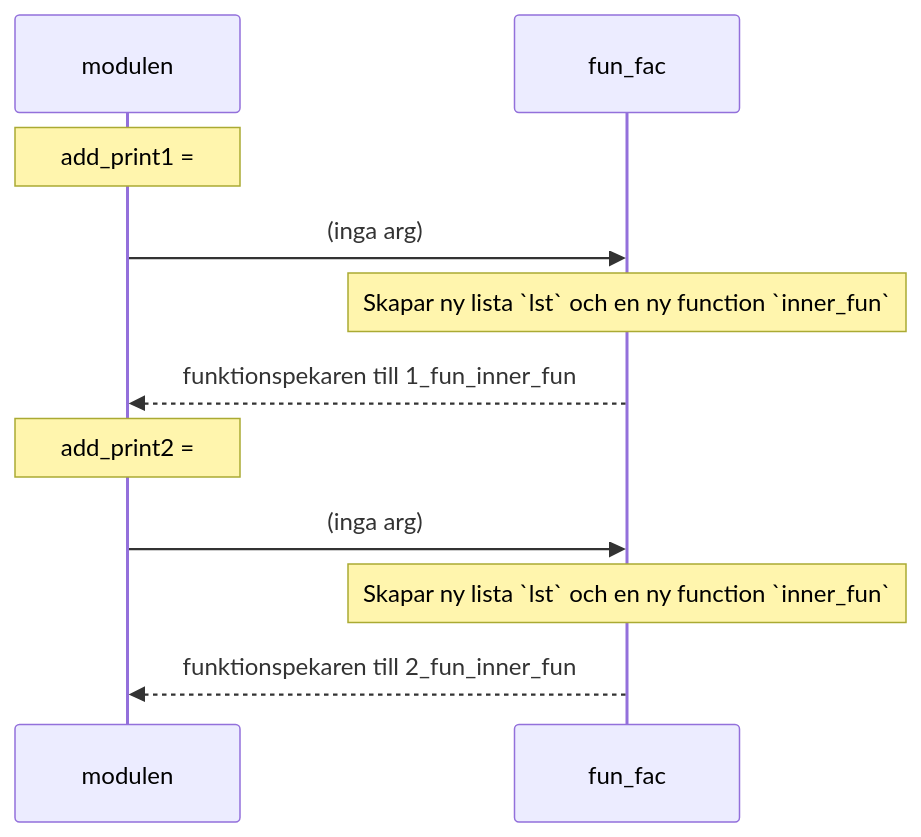
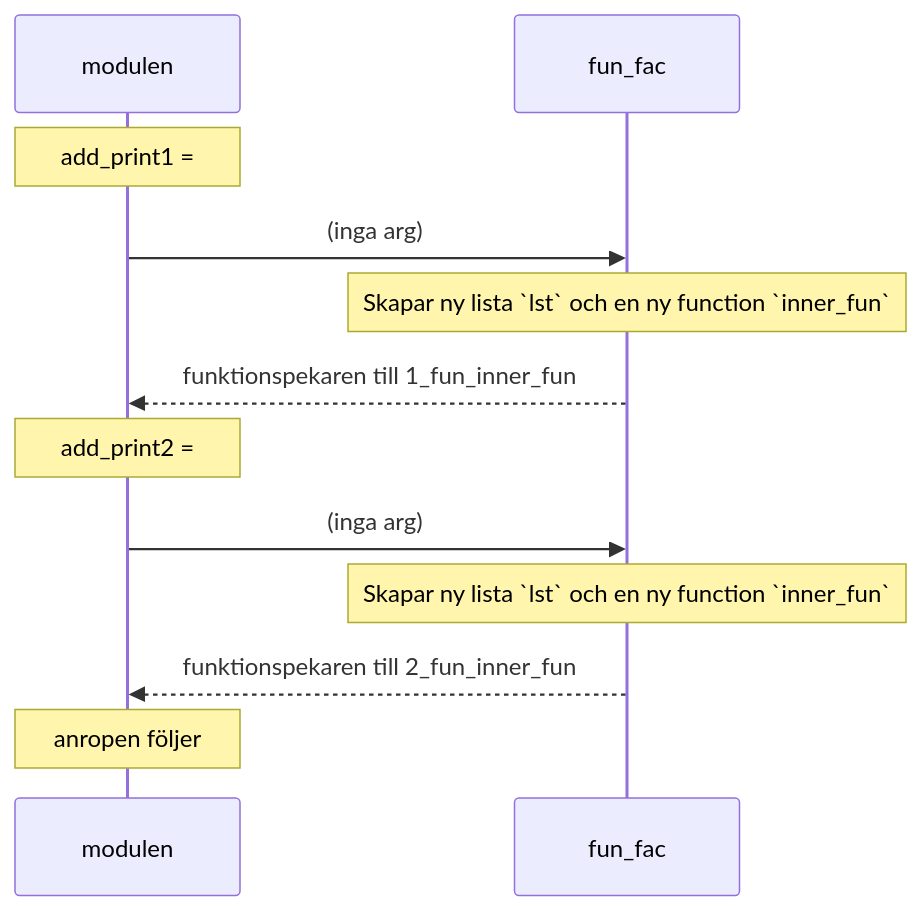
The fifth of 5 diagrams in ITINF24/lektion9/refs_scope.md (nackc8/py-live), drawn with Mermaid before and after one commit.

Commit message:
autocommit complete 1023 (30)

````diff
--- a/ITINF24/lektion9/refs_scope.md
+++ b/ITINF24/lektion9/refs_scope.md
@@ -89,12 +89,13 @@
 ```mermaid
 sequenceDiagram
     Note over modulen: add_print1 =
     modulen->>fun_fac: (inga arg)
     Note over fun_fac: Skapar ny lista `lst` och en ny function `inner_fun`
     fun_fac-->>modulen: funktionspekaren till 1_fun_inner_fun
 
     Note over modulen: add_print2 =
     modulen->>fun_fac: (inga arg)
     Note over fun_fac: Skapar ny lista `lst` och en ny function `inner_fun`
     fun_fac-->>modulen: funktionspekaren till 2_fun_inner_fun
+    Note over modulen: anropen följer
 ```
````
